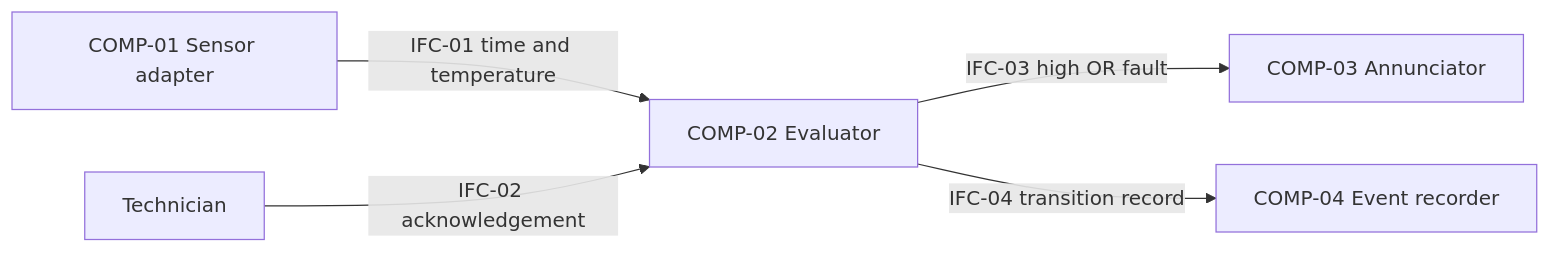
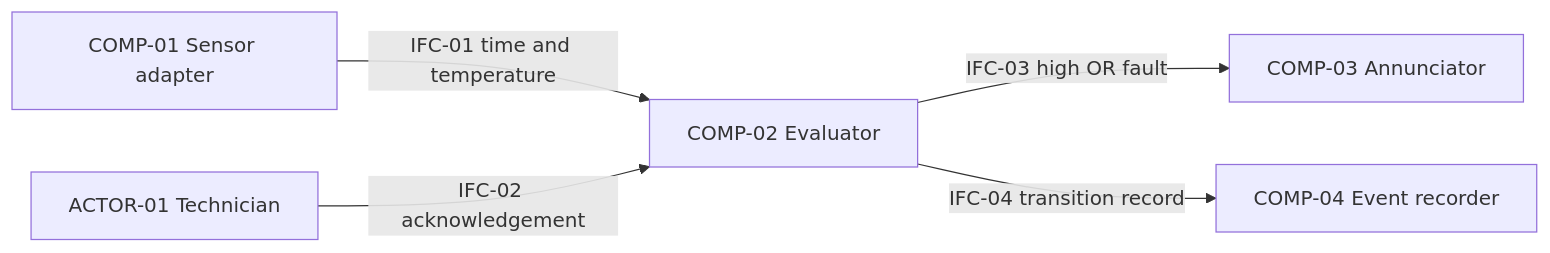
One commit to ajhcs/mbse-agents changed the diagram in examples/worked/cold-storage-alarm/architecture.md. Above: the diagram before and after it, drawn with Mermaid. The commit also changed other lines of this file and 1342 other files, not shown here.

````diff
--- a/examples/worked/cold-storage-alarm/architecture.md
+++ b/examples/worked/cold-storage-alarm/architecture.md
@@ -7,7 +7,7 @@
 ```mermaid
 flowchart LR
   S[COMP-01 Sensor adapter] -->|IFC-01 time and temperature| E[COMP-02 Evaluator]
-  U[Technician] -->|IFC-02 acknowledgement| E
+  U[ACTOR-01 Technician] -->|IFC-02 acknowledgement| E
   E -->|IFC-03 high OR fault| A[COMP-03 Annunciator]
   E -->|IFC-04 transition record| L[COMP-04 Event recorder]
 ```
````
